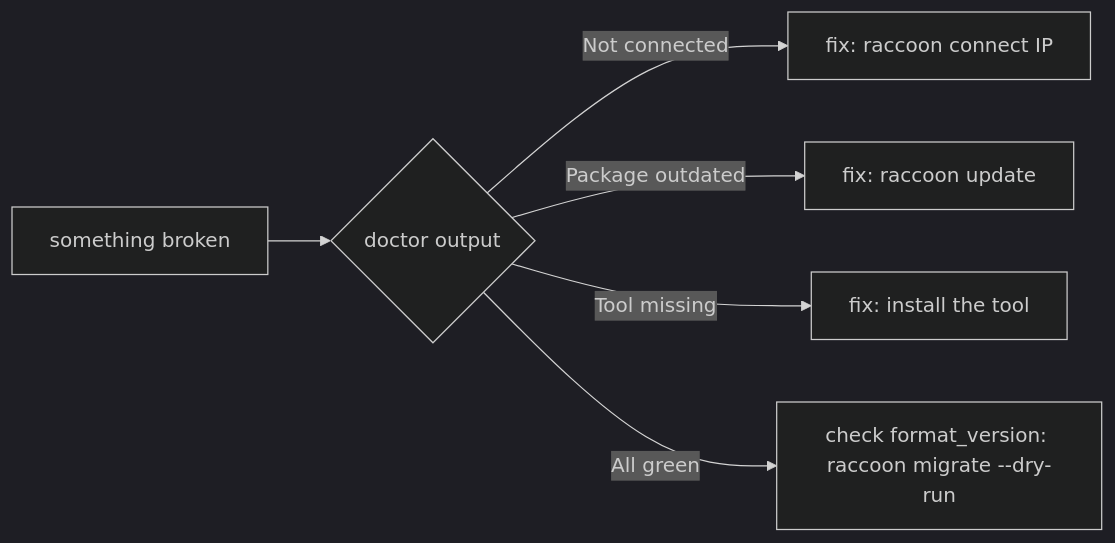
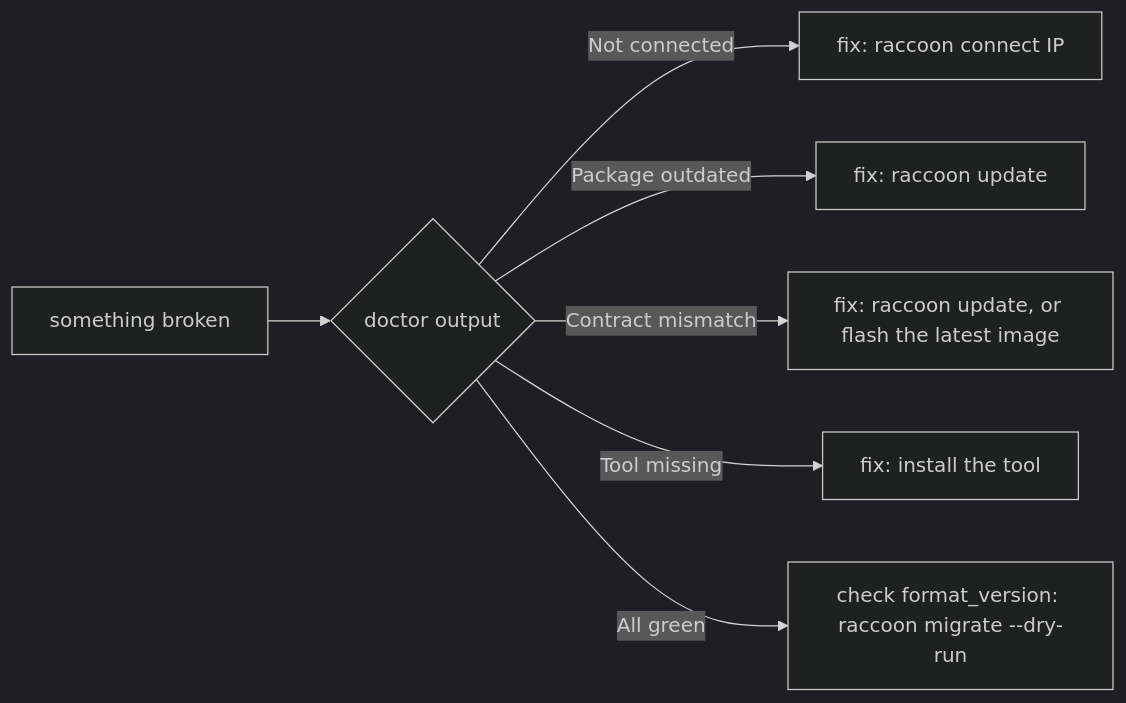
Before and after one commit to htl-stp-ecer/documentation: the diagram in content/04-raccoon-cli/11-doctor.md, drawn with Mermaid (dark theme). The commit also changed other lines of this file and 14 other files, not shown here.

First line of the commit message:
docs: transport contract, new update flow, bundles and releases

````diff
--- a/content/04-raccoon-cli/11-doctor.md
+++ b/content/04-raccoon-cli/11-doctor.md
@@ -27,8 +28,9 @@
 ```mermaid
 graph LR
     A[something broken] --> B{doctor output}
     B -->|Not connected| C[fix: raccoon connect IP]
     B -->|Package outdated| D[fix: raccoon update]
+    B -->|Contract mismatch| G[fix: raccoon update, or flash the latest image]
     B -->|Tool missing| E[fix: install the tool]
     B -->|All green| F[check format_version: raccoon migrate --dry-run]
 ```
````
